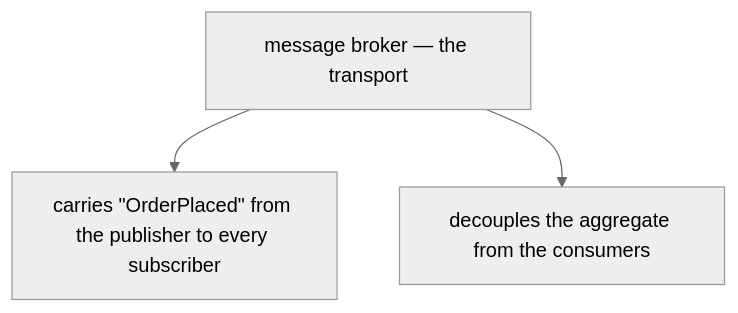
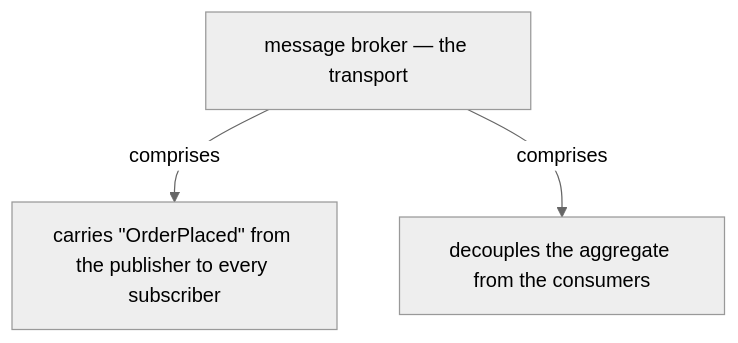
Before and after one commit to vinayakuber/microservices-io-study-guide: the fifth of 12 diagrams in docs/ch17-domain-event.md, drawn with Mermaid (neutral theme). The commit also changed other lines of this file and 71 other files, not shown here.

First line of the commit message:
R18: label every diagram arrow with its meaning

````diff
--- a/docs/ch17-domain-event.md
+++ b/docs/ch17-domain-event.md
@@ -179,6 +179,6 @@
 ```mermaid
 flowchart TD
   R["message broker — the transport"]
-  R --> P0["carries #quot;OrderPlaced#quot; from the publisher to every subscriber"]
-  R --> P1["decouples the aggregate from the consumers"]
+  R -->|"comprises"| P0["carries #quot;OrderPlaced#quot; from the publisher to every subscriber"]
+  R -->|"comprises"| P1["decouples the aggregate from the consumers"]
 ```
````
